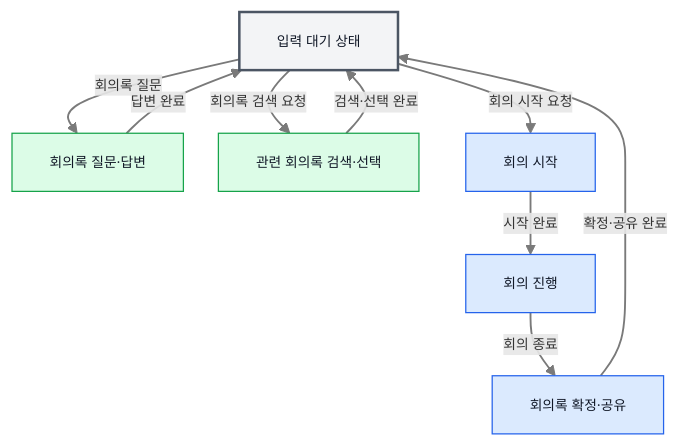
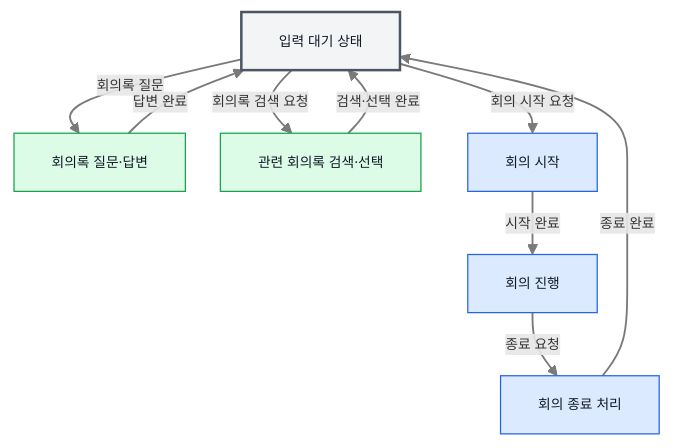
Before and after one commit to ericyum/Obsidian: the first of 4 diagrams in ZENAI/에이전트 설계/회의록 에이전트 설계/1-1. 회의록 에이전트 업무 개요.md, drawn with Mermaid. The commit also changed other lines of this file and 5 other files, not shown here.

````diff
--- a/ZENAI/에이전트 설계/회의록 에이전트 설계/1-1. 회의록 에이전트 업무 개요.md
+++ b/ZENAI/에이전트 설계/회의록 에이전트 설계/1-1. 회의록 에이전트 업무 개요.md
@@ -36,25 +35,25 @@
 ```mermaid
 %%{init: {"flowchart": {"useMaxWidth": true, "nodeSpacing": 28, "rankSpacing": 34, "curve": "basis"}, "themeVariables": {"fontSize": "11px"}}}%%
 flowchart TB
     I["입력 대기 상태"]
 
     I -->|"회의록 질문"| Q["회의록 질문·답변"]
     Q -->|"답변 완료"| I
 
     I -->|"회의록 검색 요청"| S["관련 회의록 검색·선택"]
     S -->|"검색·선택 완료"| I
 
     I -->|"회의 시작 요청"| A["회의 시작"]
     A -->|"시작 완료"| B["회의 진행"]
-    B -->|"회의 종료"| C["회의록 확정·공유"]
-    C -->|"확정·공유 완료"| I
+    B -->|"종료 요청"| C["회의 종료 처리"]
+    C -->|"종료 완료"| I
 
     classDef idle fill:#f3f4f6,stroke:#4b5563,color:#111827,stroke-width:2px;
     classDef creation fill:#dbeafe,stroke:#2563eb,color:#111827;
     classDef usage fill:#dcfce7,stroke:#16a34a,color:#111827;
 
     class I idle;
     class A,B,C creation;
     class Q,S usage;
     linkStyle default stroke:#7a7a7a,stroke-width:1.5px;
 ```
````
